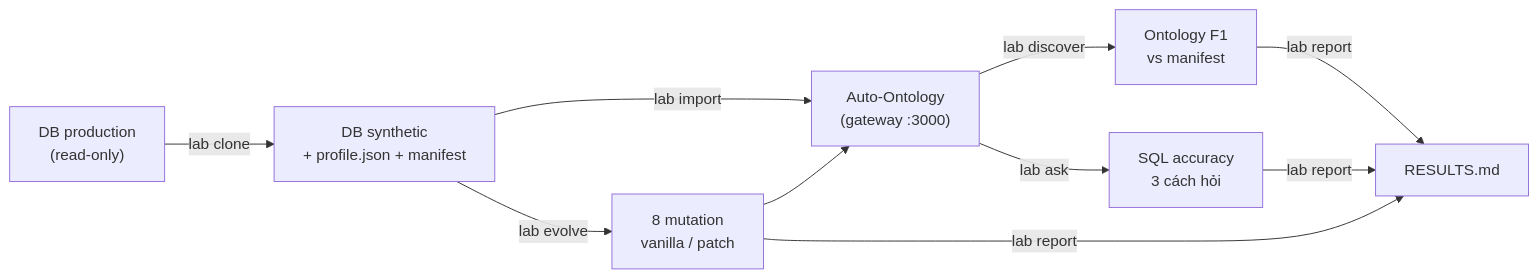
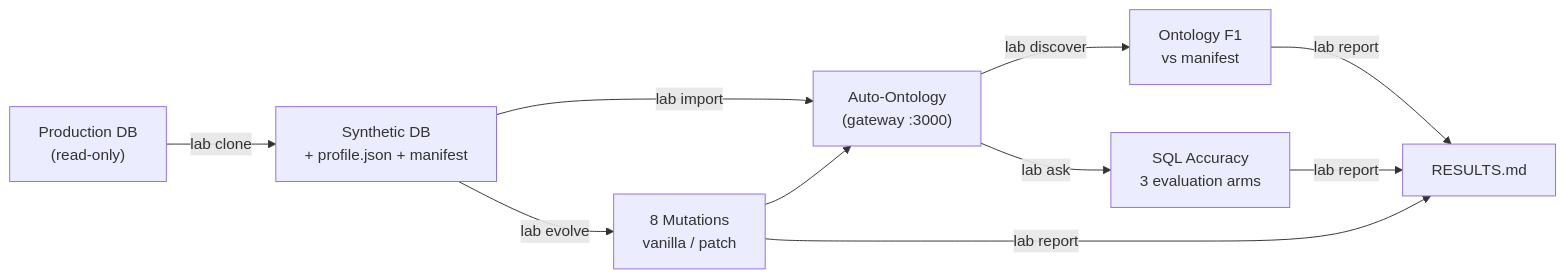
Before and after one commit to TrBn17/auto-ontology-lab: the diagram in PLAN.md, drawn with Mermaid. The commit also changed other lines of this file and 5 other files, not shown here.

````diff
--- a/PLAN.md
+++ b/PLAN.md
@@ -9,10 +9,10 @@
 ```mermaid
 flowchart LR
-    P["DB production<br/>(read-only)"] -->|lab clone| S["DB synthetic<br/>+ profile.json + manifest"]
+    P["Production DB<br/>(read-only)"] -->|lab clone| S["Synthetic DB<br/>+ profile.json + manifest"]
     S -->|lab import| AO["Auto-Ontology<br/>(gateway :3000)"]
     AO -->|lab discover| F1["Ontology F1<br/>vs manifest"]
-    AO -->|lab ask| ACC["SQL accuracy<br/>3 cách hỏi"]
-    S -->|lab evolve| MUT["8 mutation<br/>vanilla / patch"]
+    AO -->|lab ask| ACC["SQL Accuracy<br/>3 evaluation arms"]
+    S -->|lab evolve| MUT["8 Mutations<br/>vanilla / patch"]
     MUT --> AO
     F1 & ACC & MUT -->|lab report| R["RESULTS.md"]
 ```
````
